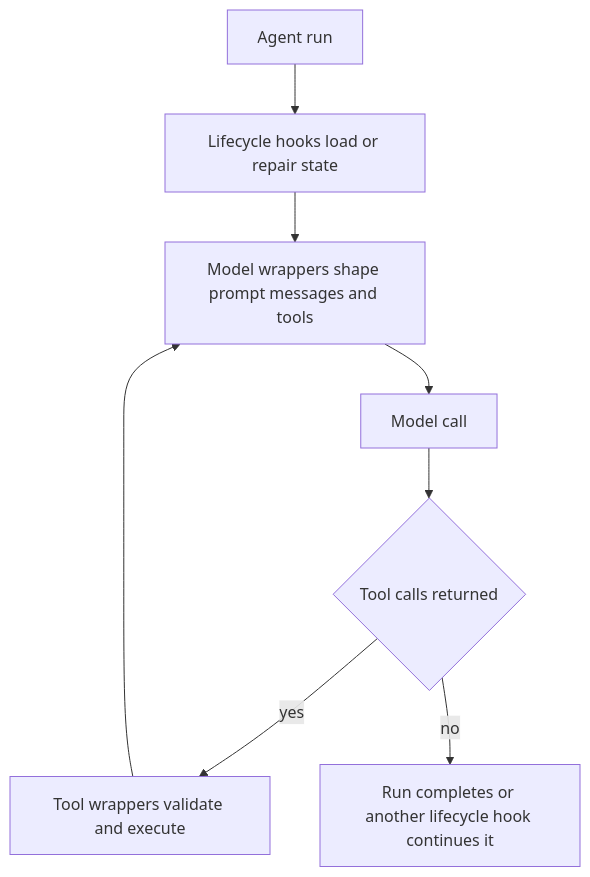
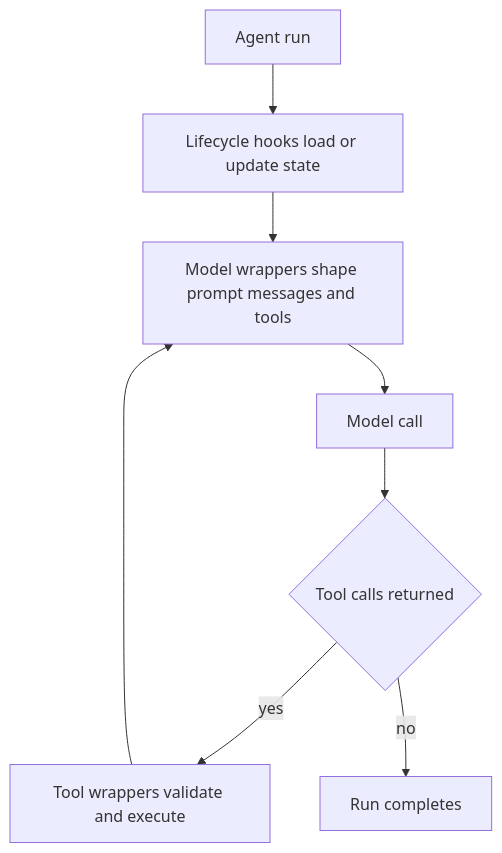
Before and after one commit to langchain-ai/deepagents: the first of 3 diagrams in openwiki/concepts/middleware-catalog.md, drawn with Mermaid. The commit also changed other lines of this file and 67 other files, not shown here.

````diff
--- a/openwiki/concepts/middleware-catalog.md
+++ b/openwiki/concepts/middleware-catalog.md
@@ -39,10 +45,10 @@
 ```mermaid
 flowchart TD
-    Run["Agent run"] --> Setup["Lifecycle hooks load or repair state"]
+    Run["Agent run"] --> Setup["Lifecycle hooks load or update state"]
     Setup --> Request["Model wrappers shape prompt messages and tools"]
     Request --> Model["Model call"]
     Model --> Choice{"Tool calls returned"}
     Choice -->|"yes"| Tool["Tool wrappers validate and execute"]
     Tool --> Request
-    Choice -->|"no"| Done["Run completes or another lifecycle hook continues it"]
+    Choice -->|"no"| Finish["Run completes"]
 ```
````
